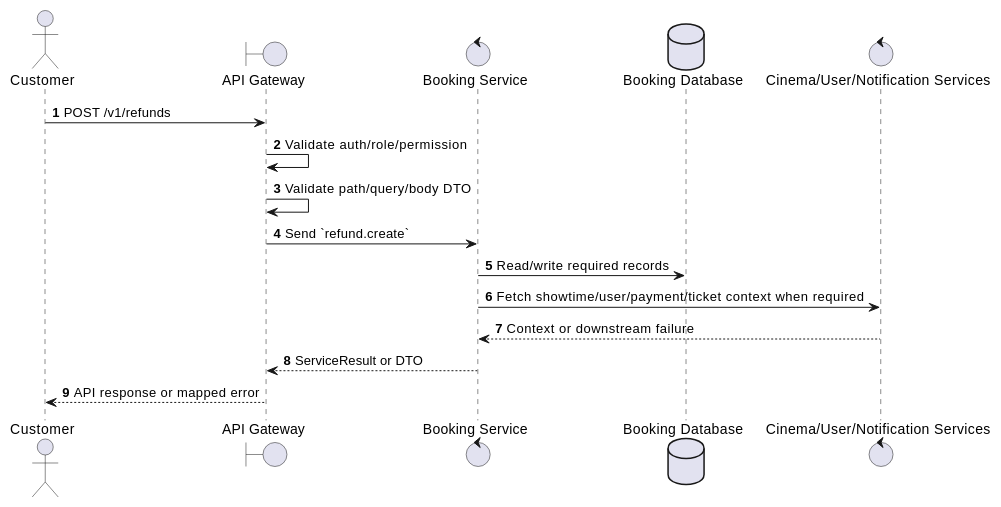
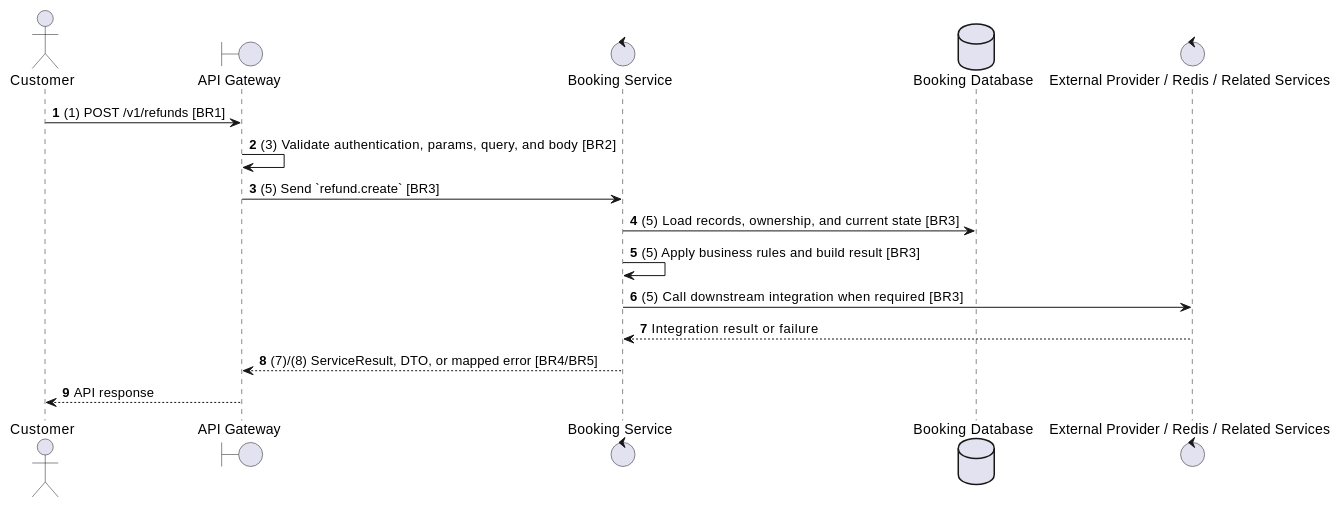
The second of 2 diagrams in docs/functional_specs/3.8_Refund_Management_Module/RF-01_Create_Refund_Request.md (Tanh1603/movie-hub-architecture), drawn with PlantUML before and after one commit. The commit also changed other lines of this file and 129 other files, not shown here.

````diff
--- a/docs/functional_specs/3.8_Refund_Management_Module/RF-01_Create_Refund_Request.md
+++ b/docs/functional_specs/3.8_Refund_Management_Module/RF-01_Create_Refund_Request.md
@@ -17,20 +64,20 @@
 ```plantuml
 @startuml
 autonumber
 actor "Customer" as Actor
 boundary "API Gateway" as GW
 control "Booking Service" as SVC
 database "Booking Database" as DB
-control "Cinema/User/Notification Services" as EXT
+control "External Provider / Redis / Related Services" as EXT
 
-Actor -> GW: POST /v1/refunds
-GW -> GW: Validate auth/role/permission
-GW -> GW: Validate path/query/body DTO
-GW -> SVC: Send `refund.create`
-SVC -> DB: Read/write required records
-SVC -> EXT: Fetch showtime/user/payment/ticket context when required
-EXT --> SVC: Context or downstream failure
-SVC --> GW: ServiceResult or DTO
-GW --> Actor: API response or mapped error
+Actor -> GW: (1) POST /v1/refunds [BR1]
+GW -> GW: (3) Validate authentication, params, query, and body [BR2]
+GW -> SVC: (5) Send `refund.create` [BR3]
+SVC -> DB: (5) Load records, ownership, and current state [BR3]
+SVC -> SVC: (5) Apply business rules and build result [BR3]
+SVC -> EXT: (5) Call downstream integration when required [BR3]
+EXT --> SVC: Integration result or failure
+SVC --> GW: (7)/(8) ServiceResult, DTO, or mapped error [BR4/BR5]
+GW --> Actor: API response
 @enduml
 ```
````
